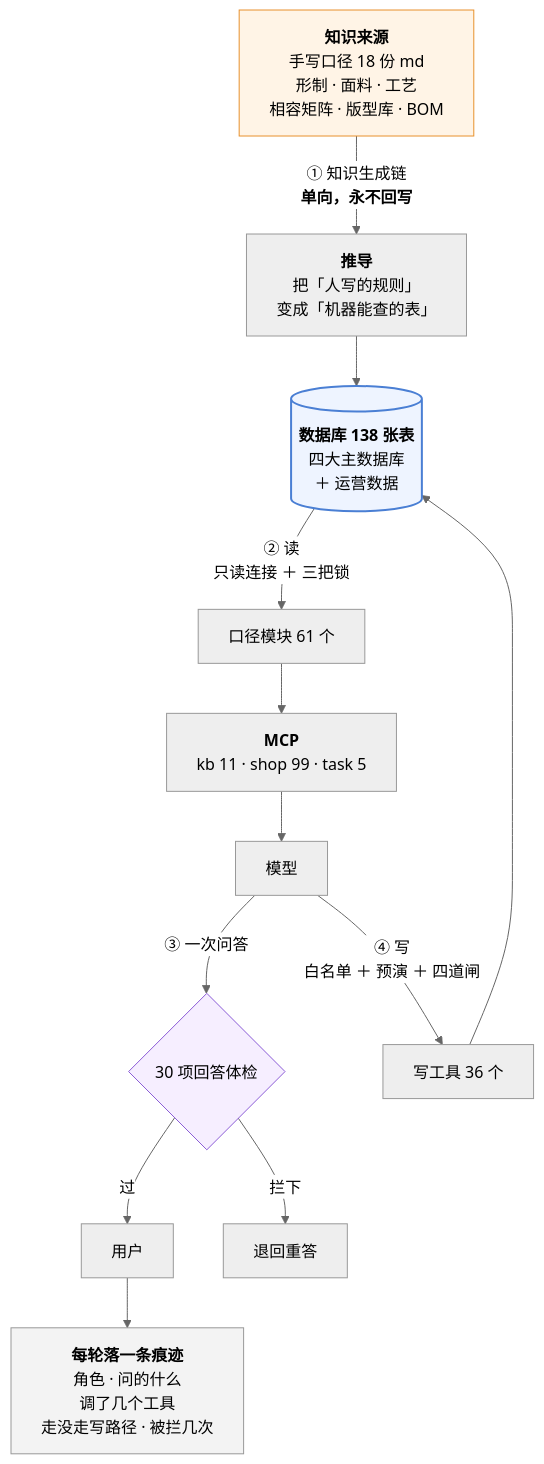
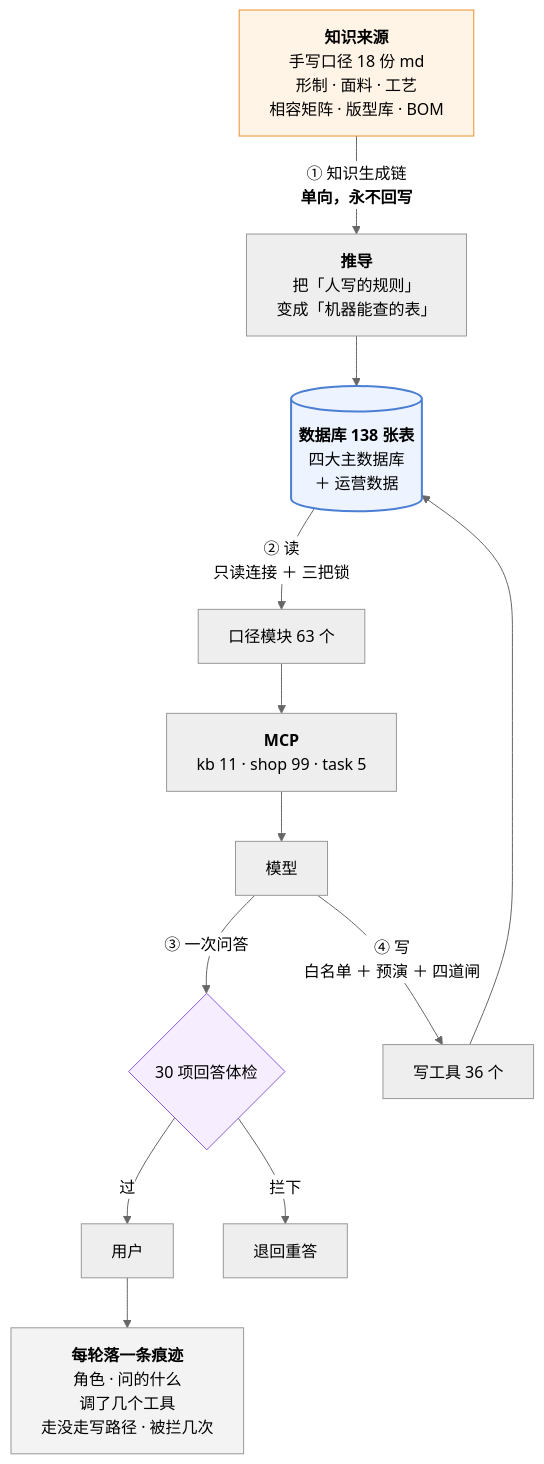
The third of 3 diagrams in 澜绣云裳agent-产品说明.md (843773296-rgb/lanxiu-yunshang-agent), drawn with Mermaid (neutral theme) before and after one commit. The commit also changed other lines of this file and 15 other files, not shown here.

````diff
--- a/澜绣云裳agent-产品说明.md
+++ b/澜绣云裳agent-产品说明.md
@@ -1159,24 +1159,24 @@
 ```mermaid
 flowchart TD
     MD["<b>知识来源</b><br/>手写口径 18 份 md<br/>形制 · 面料 · 工艺<br/>相容矩阵 · 版型库 · BOM"]
     MD -->|"① 知识生成链<br/><b>单向，永不回写</b>"| DV["<b>推导</b><br/>把「人写的规则」<br/>变成「机器能查的表」"]
     DV --> DB[("<b>数据库 138 张表</b><br/>四大主数据库<br/>＋ 运营数据")]
 
-    DB -->|"② 读<br/>只读连接 ＋ 三把锁"| KJ["口径模块 61 个"]
+    DB -->|"② 读<br/>只读连接 ＋ 三把锁"| KJ["口径模块 63 个"]
     KJ --> MCP["<b>MCP</b><br/>kb 11 · shop 99 · task 5"]
     MCP --> LLM["模型"]
 
     LLM -->|"③ 一次问答"| GD{"30 项回答体检"}
     GD -- 过 --> U["用户"]
     GD -- 拦下 --> RE["退回重答"]
 
     LLM -->|"④ 写<br/>白名单 ＋ 预演 ＋ 四道闸"| W["写工具 36 个"]
     W --> DB
 
     U --> TR["<b>每轮落一条痕迹</b><br/>角色 · 问的什么<br/>调了几个工具<br/>走没走写路径 · 被拦几次"]
 
     style MD fill:#fff4e6,stroke:#e8912d
     style DB fill:#eef4ff,stroke:#4a7fd4,stroke-width:2px
     style GD fill:#f6eeff,stroke:#8b5cd6
     style TR fill:#f3f3f3,stroke:#999
 ```
````
